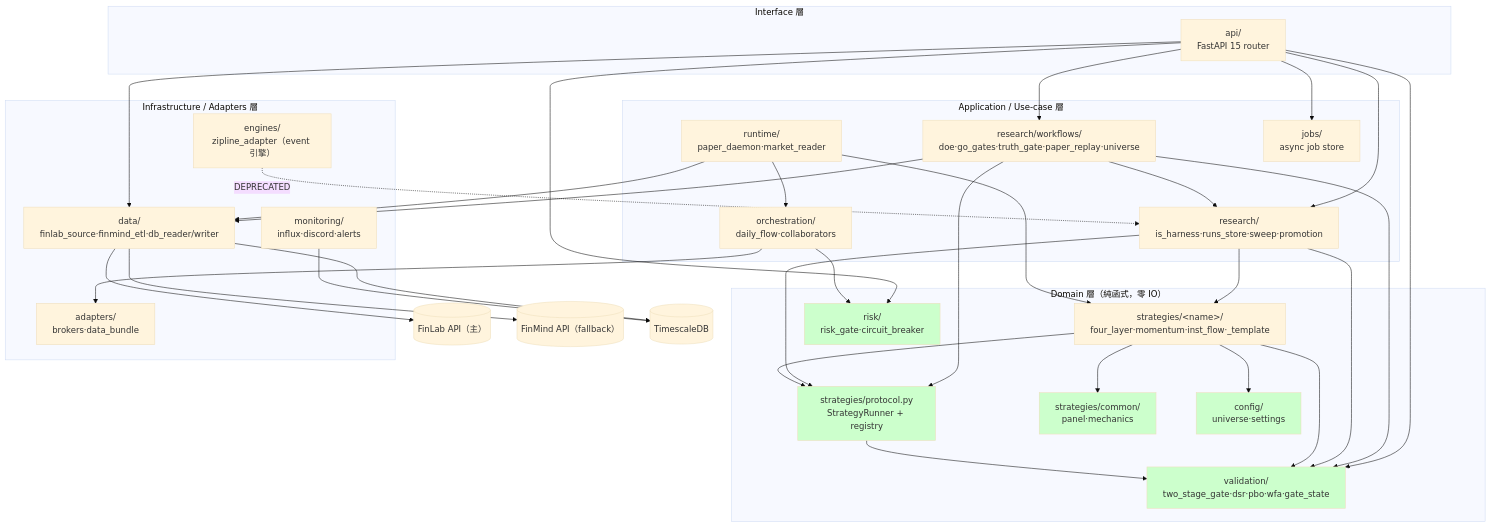
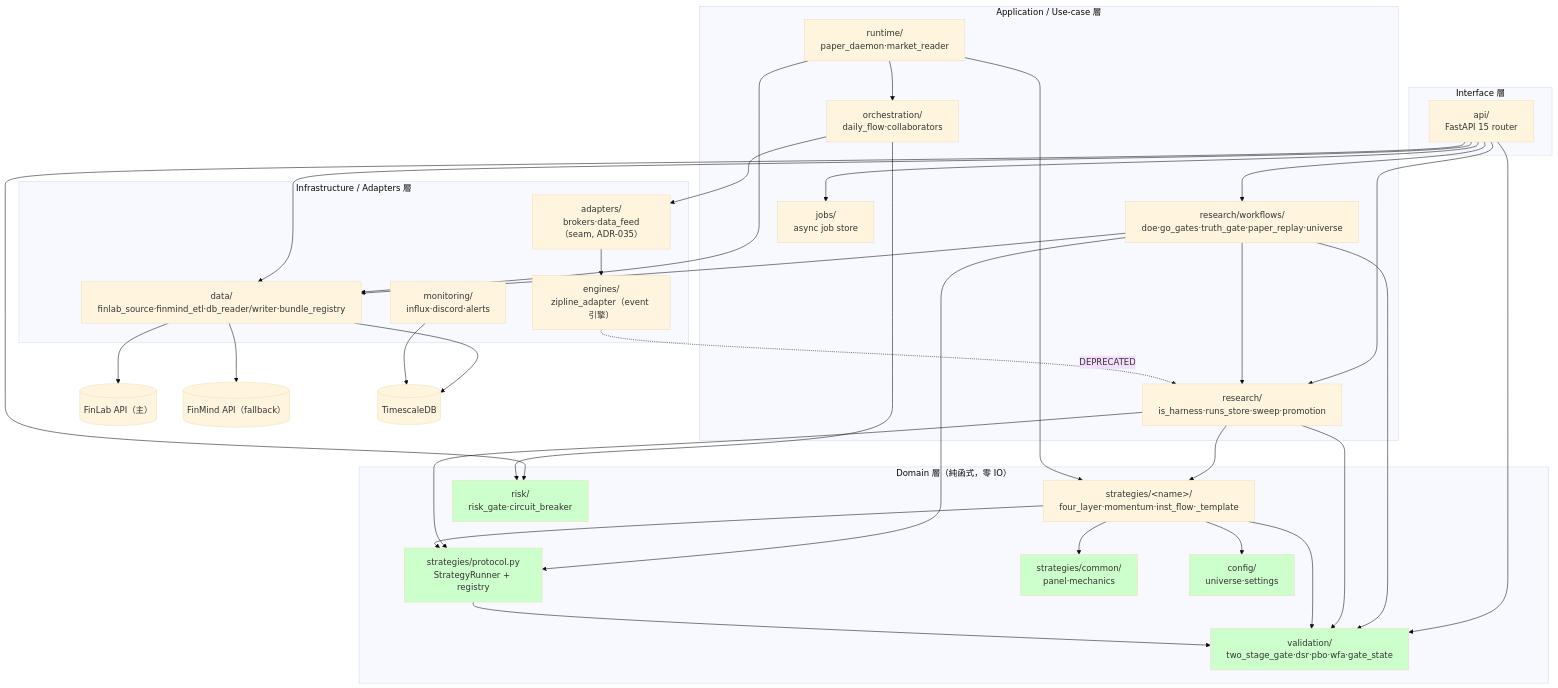
Before and after one commit to Zenobia000/Quantitative_Trading: the diagram in dev_docs/09_file_dependencies_template.md, drawn with Mermaid (base theme). The commit also changed 16 other files, not shown here.

````diff
--- a/dev_docs/09_file_dependencies_template.md
+++ b/dev_docs/09_file_dependencies_template.md
@@ -24,66 +24,67 @@
 ```mermaid
 graph TD
     subgraph Interface["Interface 層"]
         Api["api/<br/>FastAPI 15 router"]
     end
     subgraph App["Application / Use-case 層"]
         ResWf["research/workflows/<br/>doe·go_gates·truth_gate·paper_replay·universe"]
         Research["research/<br/>is_harness·runs_store·sweep·promotion"]
         Orch["orchestration/<br/>daily_flow·collaborators"]
         Runtime["runtime/<br/>paper_daemon·market_reader"]
         Jobs["jobs/<br/>async job store"]
     end
     subgraph Domain["Domain 層（純函式，零 IO）"]
         Proto["strategies/protocol.py<br/>StrategyRunner + registry"]
         StratImpl["strategies/&lt;name&gt;/<br/>four_layer·momentum·inst_flow·_template"]
         Common["strategies/common/<br/>panel·mechanics"]
         Validation["validation/<br/>two_stage_gate·dsr·pbo·wfa·gate_state"]
         Risk["risk/<br/>risk_gate·circuit_breaker"]
         Config["config/<br/>universe·settings"]
     end
     subgraph Infra["Infrastructure / Adapters 層"]
-        Data["data/<br/>finlab_source·finmind_etl·db_reader/writer"]
-        Adapters["adapters/<br/>brokers·data_bundle"]
+        Data["data/<br/>finlab_source·finmind_etl·db_reader/writer·bundle_registry"]
+        Adapters["adapters/<br/>brokers·data_feed（seam, ADR-035）"]
         Engines["engines/<br/>zipline_adapter（event 引擎）"]
         Monitoring["monitoring/<br/>influx·discord·alerts"]
     end
 
     FinLab[("FinLab API（主）")]
     FinMind[("FinMind API（fallback）")]
     TSDB[("TimescaleDB")]
 
     Api --> Research
     Api --> ResWf
     Api --> Validation
     Api --> Risk
     Api --> Jobs
     Api --> Data
     ResWf --> Research
     ResWf --> Proto
     ResWf --> Validation
     ResWf --> Data
     Research --> Proto
     Research --> Validation
     Research --> StratImpl
     Orch --> Adapters
+    Adapters --> Engines
     Orch --> Risk
     Runtime --> Orch
     Runtime --> Data
     Runtime --> StratImpl
     StratImpl --> Proto
     StratImpl --> Common
     StratImpl --> Validation
     StratImpl --> Config
     Proto --> Validation
     Data --> FinLab
     Data --> FinMind
     Data --> TSDB
     Monitoring --> TSDB
     Engines -.DEPRECATED.-> Research
 
     style Proto fill:#cfc
     style Validation fill:#cfc
     style Risk fill:#cfc
     style Config fill:#cfc
     style Common fill:#cfc
 ```
````
